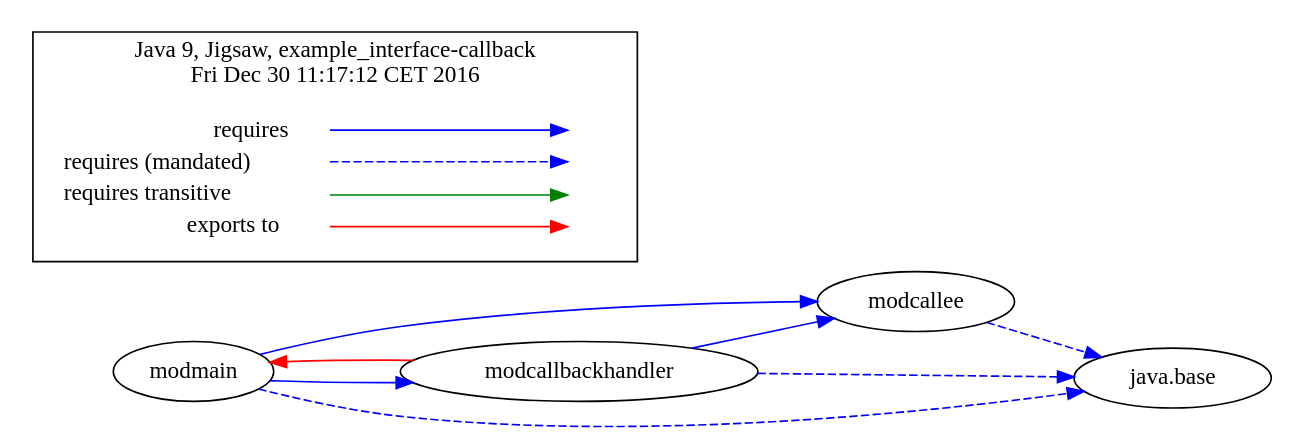
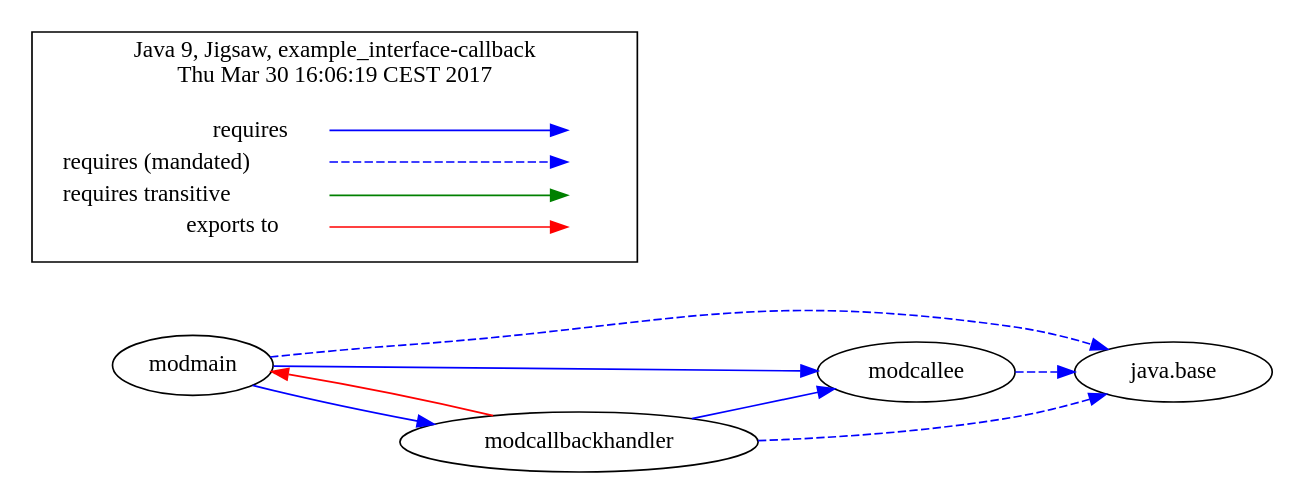
The diagram in jigsaw-examples/example_interface-callback/moduledependencies-withlegend.dot (accso/java9-jigsaw-examples), drawn with Graphviz before and after one commit. The commit also changed 112 other files, not shown here.

```diff
--- a/jigsaw-examples/example_interface-callback/moduledependencies-withlegend.dot
+++ b/jigsaw-examples/example_interface-callback/moduledependencies-withlegend.dot
@@ -1,37 +1,37 @@
-# Created by depvis.JigsawDepVisualizer on Fri Dec 30 11:17:12 CET 2016
+# Created by depvis.JigsawDepVisualizer on Thu Mar 30 16:06:19 CEST 2017
 digraph Java9_Dependency_Visualizer {
+modcallee[fontname="Consolas",shape="ellipse",label="modcallee"];
+java_base[fontname="Consolas",shape="ellipse",label="java.base"];
 modmain[fontname="Consolas",shape="ellipse",label="modmain"];
-modcallee[fontname="Consolas",shape="ellipse",label="modcallee"];
 modcallbackhandler[fontname="Consolas",shape="ellipse",label="modcallbackhandler"];
-java_base[fontname="Consolas",shape="ellipse",label="java.base"];
+modcallee -> java_base[color="#0000ff",fontname="Consolas",fontcolor="#0000ff",style="dashed",weight="16"]
 modmain -> modcallee[color="#0000ff",fontname="Consolas",fontcolor="#0000ff",weight="8"]
 modmain -> modcallbackhandler[color="#0000ff",fontname="Consolas",fontcolor="#0000ff",weight="8"]
 modmain -> java_base[color="#0000ff",fontname="Consolas",fontcolor="#0000ff",style="dashed",weight="16"]
 modcallbackhandler -> modcallee[color="#0000ff",fontname="Consolas",fontcolor="#0000ff",weight="8"]
 modcallbackhandler -> java_base[color="#0000ff",fontname="Consolas",fontcolor="#0000ff",style="dashed",weight="16"]
 modcallbackhandler -> modmain[fontname="Consolas",fontcolor="#ff0000",color="#ff0000",weight="2"]
-modcallee -> java_base[color="#0000ff",fontname="Consolas",fontcolor="#0000ff",style="dashed",weight="16"]
 rankdir=LR
 node [shape=plaintext]
 subgraph cluster_01 { 
   label = "Java 9, Jigsaw, example_interface-callback
-Fri Dec 30 11:17:12 CET 2016"
+Thu Mar 30 16:06:19 CEST 2017"
   fontname="Consolas"
   key [label=<<table border="0" cellpadding="2" cellspacing="0" cellborder="0">
     <tr><td align="right" port="i1">requires</td></tr>
     <tr><td align="right" port="i2">requires (mandated)</td></tr>
     <tr><td align="right" port="i3">requires transitive</td></tr>
     <tr><td align="right" port="i4">exports to</td></tr>
     </table>>,fontname="Consolas"]
   key2 [label=<<table border="0" cellpadding="2" cellspacing="0" cellborder="0">
     <tr><td port="i1">&nbsp;</td></tr>
     <tr><td port="i2">&nbsp;</td></tr>
     <tr><td port="i3">&nbsp;</td></tr>
     <tr><td port="i4">&nbsp;</td></tr>
     </table>>,fontname="Consolas"]
   key:i1:e -> key2:i1:w [color=BLUE]
   key:i2:e -> key2:i2:w [color=BLUE, style=dashed]
   key:i3:e -> key2:i3:w [color=GREEN]
   key:i4:e -> key2:i4:w [color=RED]
 }
 }
```
